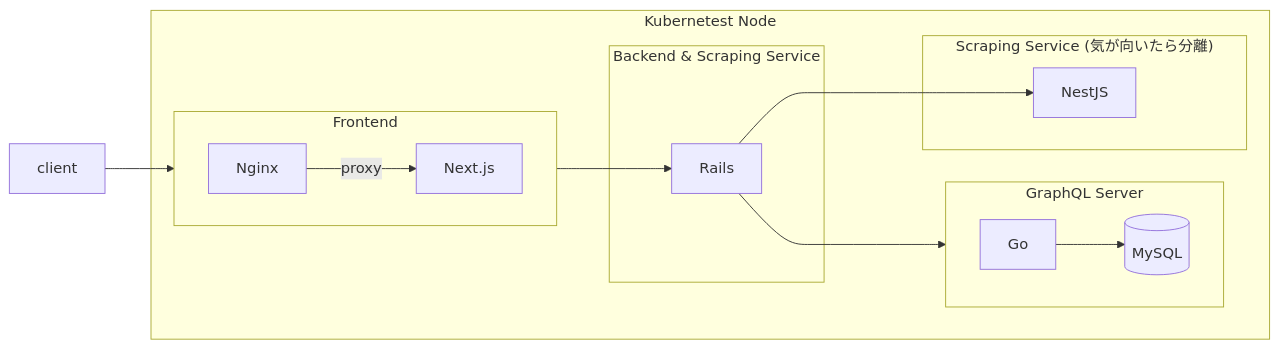
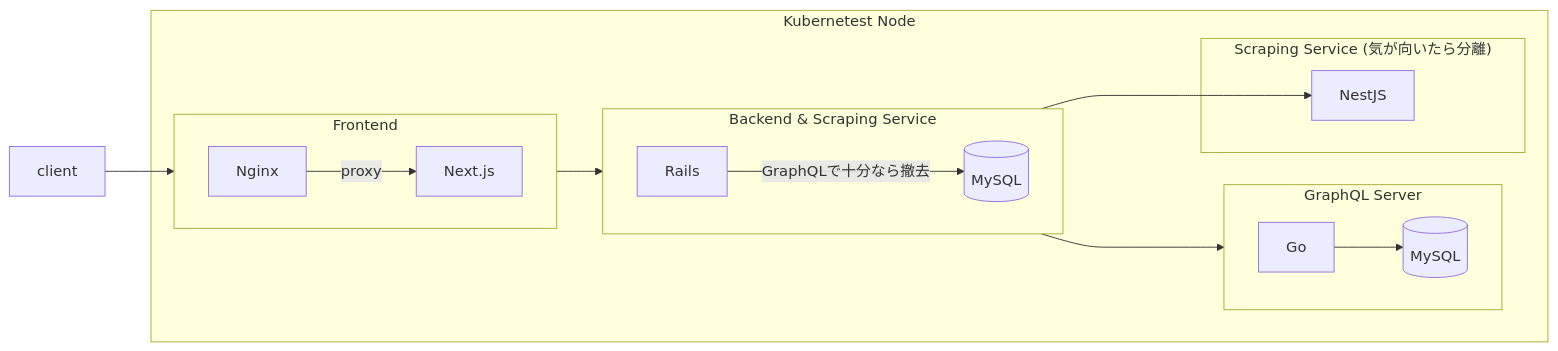
One commit to kuroweb/price-monitoring changed the diagram in README.md. Above: the diagram before and after it, drawn with Mermaid.

Commit message:
docs: README更新

````diff
--- a/README.md
+++ b/README.md
@@ -34,36 +34,41 @@
 ```mermaid
 flowchart LR
 subgraph Kubernetest Node
   subgraph Frontend
     direction LR
 
     Nginx
     Next.js
 
     Nginx--proxy-->Next.js
   end
 
   subgraph Backend & Scraping Service
+    direction LR
+
     Rails
+    rails_mysql[(MySQL)]
+
+    Rails--GraphQLで十分なら撤去-->rails_mysql
   end
 
   subgraph GraphQL Server
     direction LR
 
     Go
-    MySQL[(MySQL)]
+    go_mysql[(MySQL)]
 
-    Go-->MySQL
+    Go-->go_mysql
   end
 
   subgraph "Scraping Service (気が向いたら分離)"
     NestJS
   end
 
-  Next.js--->Rails
+  Next.js-->Rails
   Rails---->NestJS
   Rails---->Go
 end
 
 client-->Nginx
 ```
````
